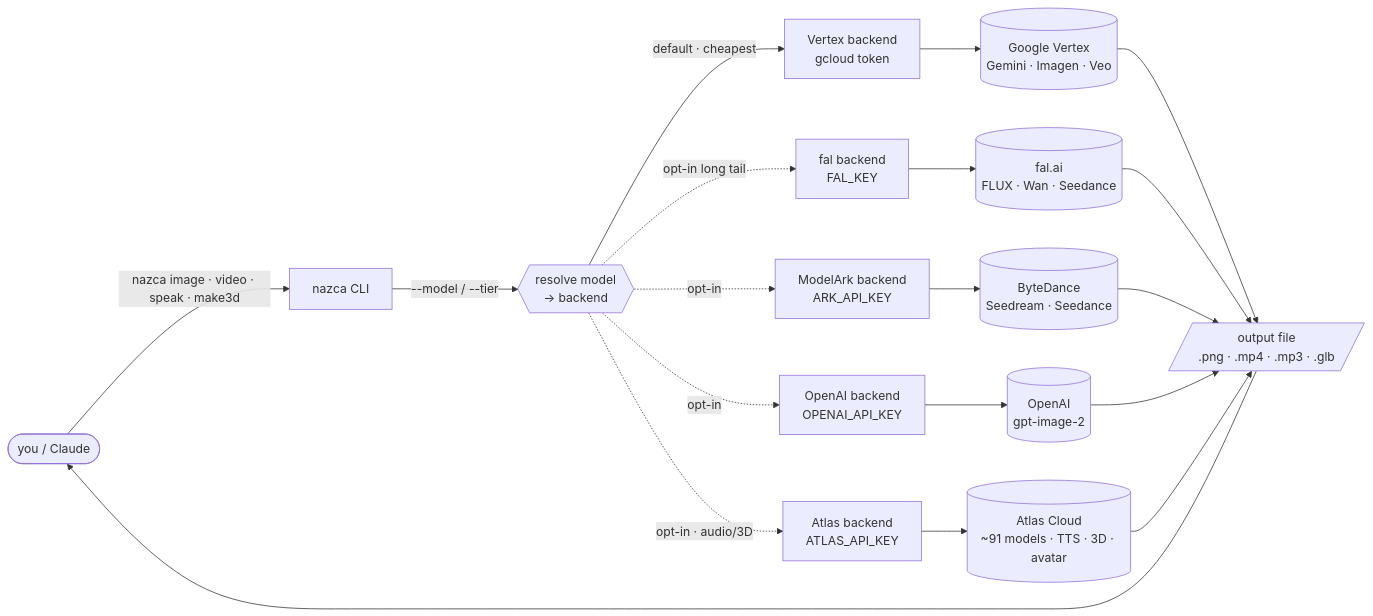
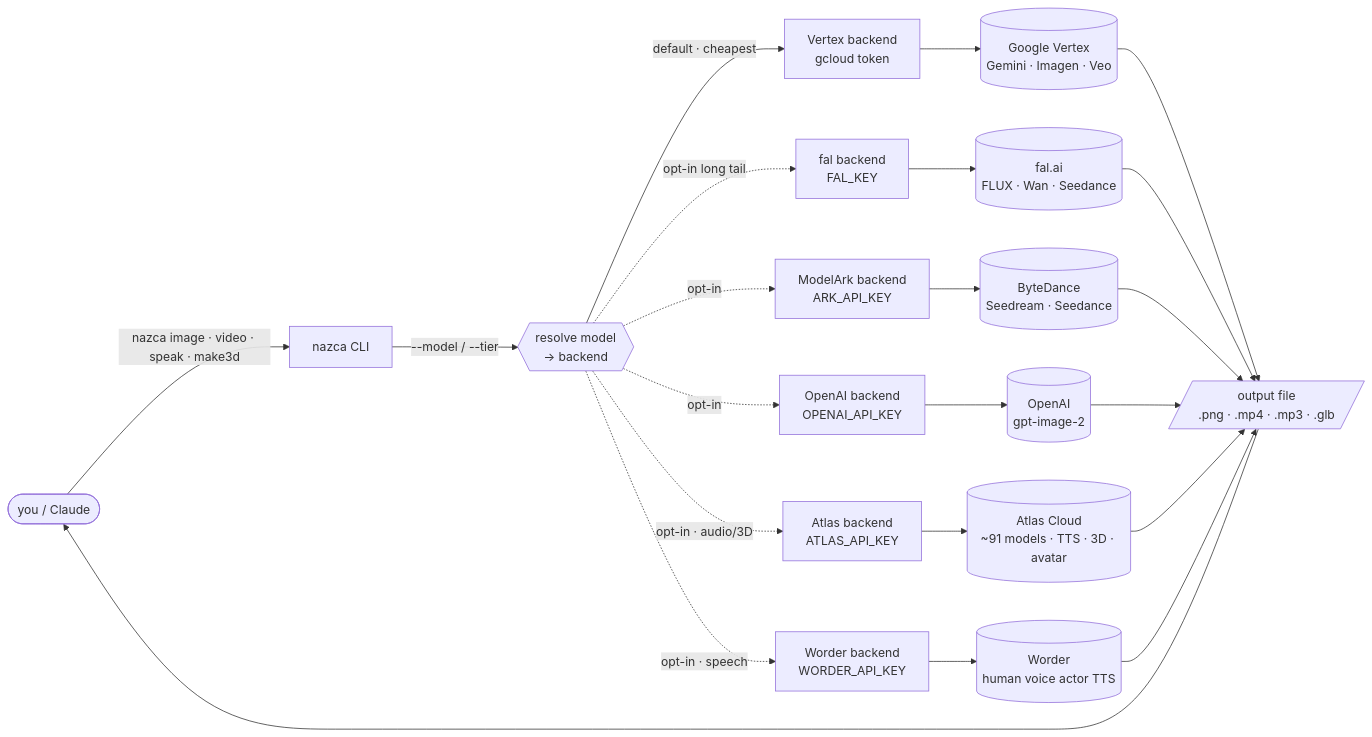
One commit to Mysios-Labs-inc/nazca changed the first of 3 diagrams in README.md. Above: the diagram before and after it, drawn with Mermaid. The commit also changed other lines of this file and 13 other files, not shown here.

First line of the commit message:
feat: add Worder speech backend (human voice actor TTS)

````diff
--- a/README.md
+++ b/README.md
@@ -46,17 +46,19 @@
 ```mermaid
 flowchart LR
     A([you / Claude]) -->|"nazca image · video · speak · make3d"| CLI[nazca CLI]
     CLI -->|"--model / --tier"| R{{resolve model<br/>→ backend}}
     R -->|default · cheapest| V[Vertex backend<br/>gcloud token]
     R -.->|opt-in long tail| F[fal backend<br/>FAL_KEY]
     R -.->|opt-in| M[ModelArk backend<br/>ARK_API_KEY]
     R -.->|opt-in| OA[OpenAI backend<br/>OPENAI_API_KEY]
     R -.->|opt-in · audio/3D| AT[Atlas backend<br/>ATLAS_API_KEY]
+    R -.->|opt-in · speech| WD[Worder backend<br/>WORDER_API_KEY]
     V --> G[(Google Vertex<br/>Gemini · Imagen · Veo)]
     F --> FP[(fal.ai<br/>FLUX · Wan · Seedance)]
     M --> MP[(ByteDance<br/>Seedream · Seedance)]
     OA --> OP[(OpenAI<br/>gpt-image-2)]
     AT --> ATP[(Atlas Cloud<br/>~91 models · TTS · 3D · avatar)]
-    G & FP & MP & OP & ATP --> O[/output file<br/>.png · .mp4 · .mp3 · .glb/]
+    WD --> WDP[(Worder<br/>human voice actor TTS)]
+    G & FP & MP & OP & ATP & WDP --> O[/output file<br/>.png · .mp4 · .mp3 · .glb/]
     O --> A
 ```
````
